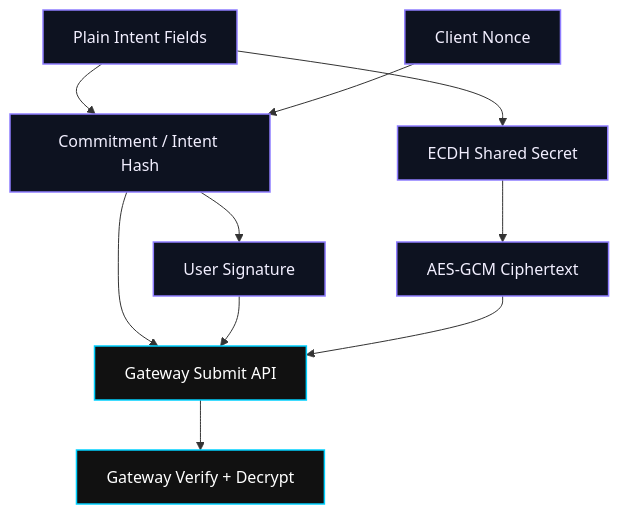
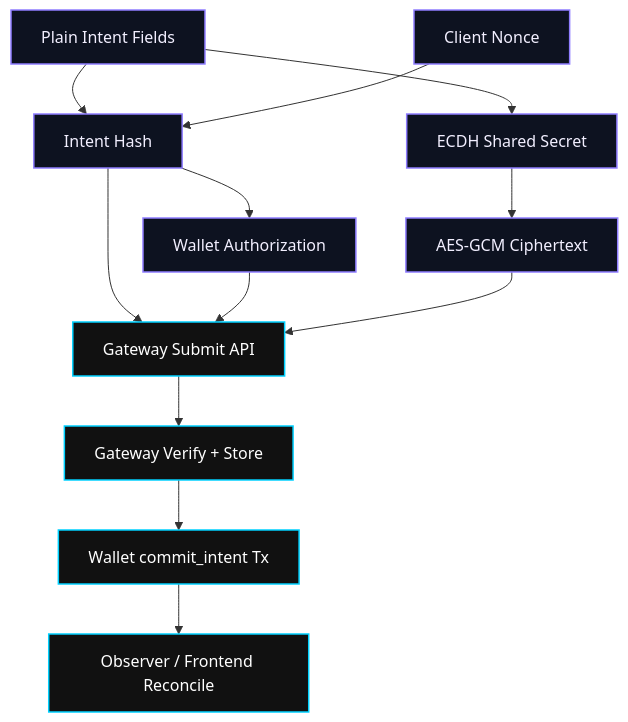
Before and after one commit to TheWeirdDee/blindmarkets: the third of 4 diagrams in README.md, drawn with Mermaid. The commit also changed other lines of this file, not shown here.

````diff
--- a/README.md
+++ b/README.md
@@ -92,26 +100,30 @@
 ```mermaid
 graph TD
   PLAIN[Plain Intent Fields]
   NONCE[Client Nonce]
-  HASH[Commitment / Intent Hash]
-  SIG[User Signature]
+  HASH[Intent Hash]
+  SIG[Wallet Authorization]
   ECDH[ECDH Shared Secret]
   AES[AES-GCM Ciphertext]
   SUBMIT[Gateway Submit API]
-  VERIFY[Gateway Verify + Decrypt]
+  VERIFY[Gateway Verify + Store]
+  CHAIN[Wallet commit_intent Tx]
+  RECON[Observer / Frontend Reconcile]
 
   PLAIN --> HASH
   NONCE --> HASH
   HASH --> SIG
   PLAIN --> ECDH
   ECDH --> AES
   HASH --> SUBMIT
   SIG --> SUBMIT
   AES --> SUBMIT
   SUBMIT --> VERIFY
+  VERIFY --> CHAIN
+  CHAIN --> RECON
 
   classDef crypto fill:#0d1220,stroke:#8f7dff,stroke-width:1.5px,color:#f2efff;
   classDef transport fill:#111,stroke:#00d1ff,stroke-width:1.5px,color:#fff;
   class PLAIN,NONCE,HASH,SIG,ECDH,AES crypto;
-  class SUBMIT,VERIFY transport;
+  class SUBMIT,VERIFY,CHAIN,RECON transport;
 ```
````
